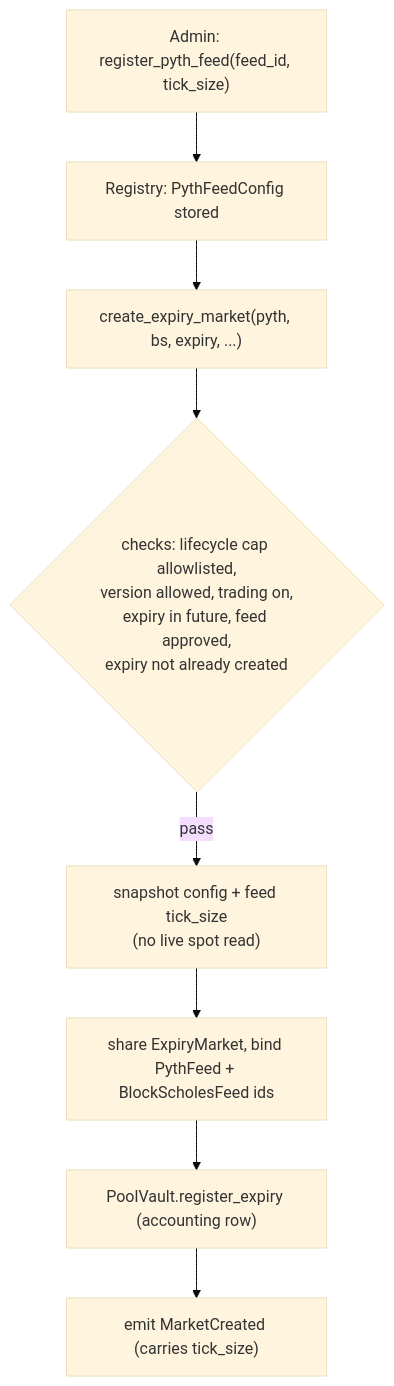
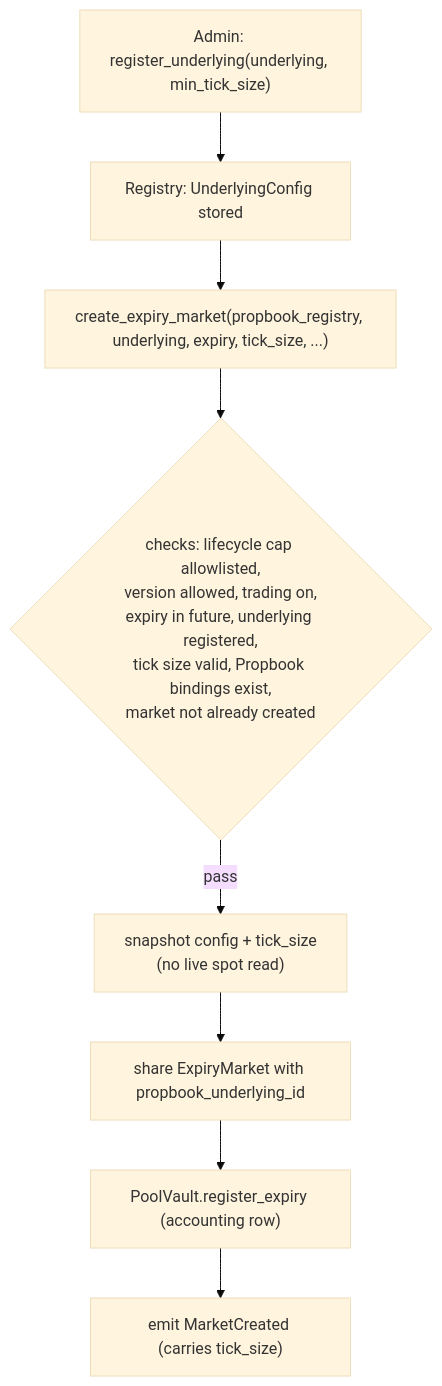
The first of 2 diagrams in packages/predict/docs/concepts/markets-and-positions.md (MystenLabs/deepbookv3), drawn with Mermaid (base theme) before and after one commit. The commit also changed other lines of this file and 17 other files, not shown here.

````diff
--- a/packages/predict/docs/concepts/markets-and-positions.md
+++ b/packages/predict/docs/concepts/markets-and-positions.md
@@ -25,10 +25,10 @@
 ```mermaid
 flowchart TD
-  A["Admin: register_pyth_feed(feed_id, tick_size)"] --> B["Registry: PythFeedConfig stored"]
-  B --> C["create_expiry_market(pyth, bs, expiry, ...)"]
-  C --> D{"checks: lifecycle cap allowlisted,<br/>version allowed, trading on,<br/>expiry in future, feed approved,<br/>expiry not already created"}
-  D -->|pass| E["snapshot config + feed tick_size<br/>(no live spot read)"]
-  E --> F["share ExpiryMarket, bind PythFeed + BlockScholesFeed ids"]
+  A["Admin: register_underlying(underlying, min_tick_size)"] --> B["Registry: UnderlyingConfig stored"]
+  B --> C["create_expiry_market(propbook_registry, underlying, expiry, tick_size, ...)"]
+  C --> D{"checks: lifecycle cap allowlisted,<br/>version allowed, trading on,<br/>expiry in future, underlying registered,<br/>tick size valid, Propbook bindings exist,<br/>market not already created"}
+  D -->|pass| E["snapshot config + tick_size<br/>(no live spot read)"]
+  E --> F["share ExpiryMarket with propbook_underlying_id"]
   F --> G["PoolVault.register_expiry (accounting row)"]
   G --> H["emit MarketCreated (carries tick_size)"]
 ```
````
